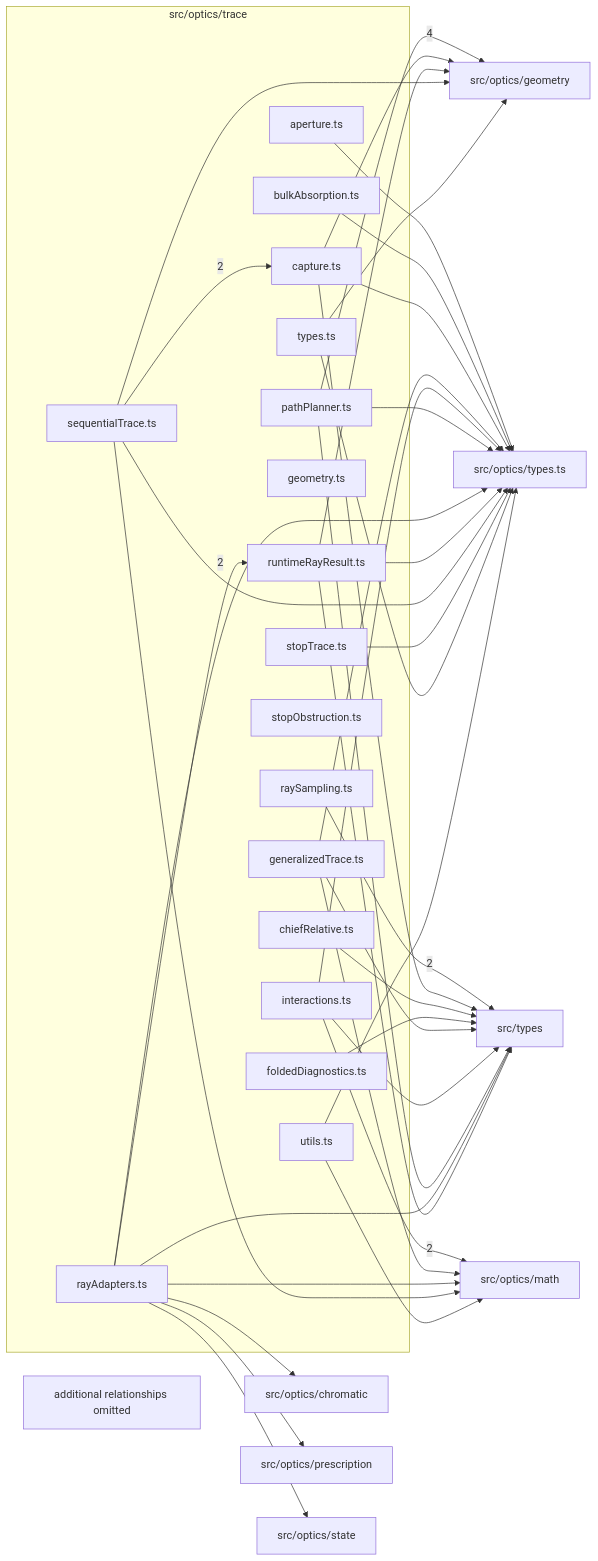
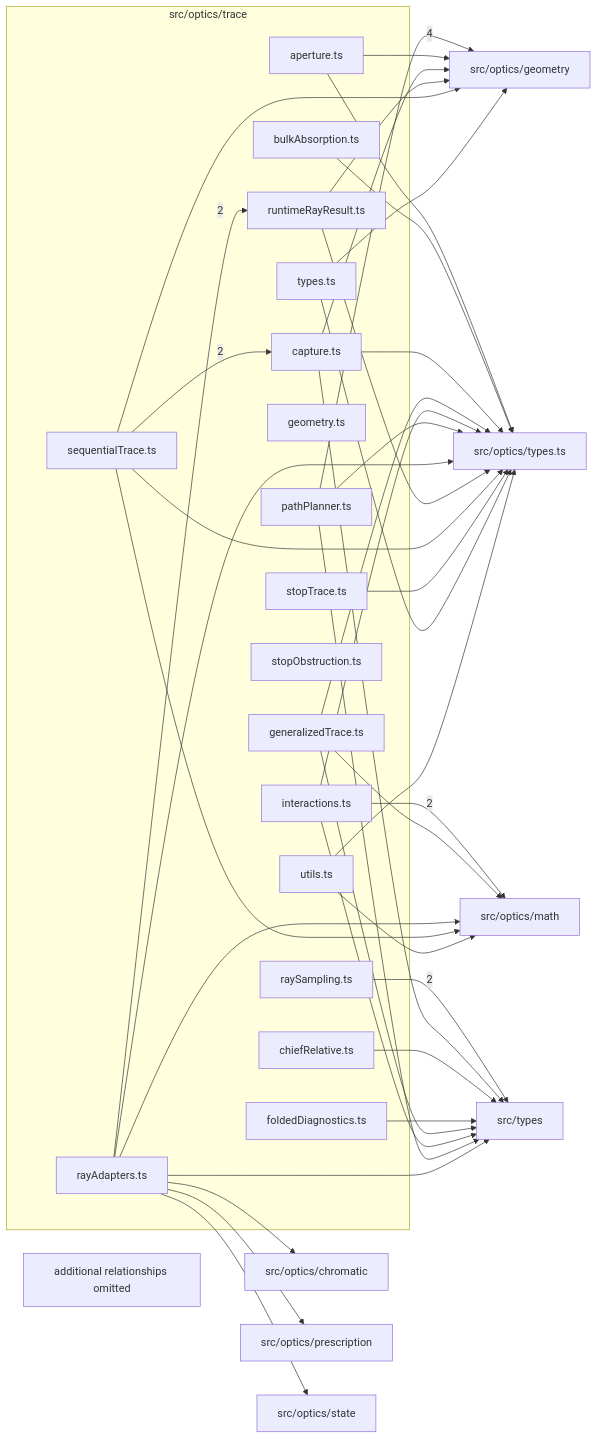
The diagram in src/optics/trace/readme.md (ronbuening/LensVisualizer), drawn with Mermaid before and after one commit. The commit also changed other lines of this file and 10 other files, not shown here.

````diff
--- a/src/optics/trace/readme.md
+++ b/src/optics/trace/readme.md
@@ -9,66 +9,66 @@
 ```mermaid
 flowchart LR
   subgraph n_src_optics_trace["src/optics/trace"]
     n_src_optics_trace_src_optics_trace_aperture_ts["aperture.ts"]
     n_src_optics_trace_src_optics_trace_bulkAbsorption_ts["bulkAbsorption.ts"]
     n_src_optics_trace_src_optics_trace_capture_ts["capture.ts"]
     n_src_optics_trace_src_optics_trace_chiefRelative_ts["chiefRelative.ts"]
     n_src_optics_trace_src_optics_trace_foldedDiagnostics_ts["foldedDiagnostics.ts"]
     n_src_optics_trace_src_optics_trace_generalizedTrace_ts["generalizedTrace.ts"]
     n_src_optics_trace_src_optics_trace_geometry_ts["geometry.ts"]
     n_src_optics_trace_src_optics_trace_interactions_ts["interactions.ts"]
     n_src_optics_trace_src_optics_trace_pathPlanner_ts["pathPlanner.ts"]
     n_src_optics_trace_src_optics_trace_rayAdapters_ts["rayAdapters.ts"]
     n_src_optics_trace_src_optics_trace_raySampling_ts["raySampling.ts"]
     n_src_optics_trace_src_optics_trace_runtimeRayResult_ts["runtimeRayResult.ts"]
     n_src_optics_trace_src_optics_trace_sequentialTrace_ts["sequentialTrace.ts"]
     n_src_optics_trace_src_optics_trace_stopObstruction_ts["stopObstruction.ts"]
     n_src_optics_trace_src_optics_trace_stopTrace_ts["stopTrace.ts"]
     n_src_optics_trace_src_optics_trace_types_ts["types.ts"]
     n_src_optics_trace_src_optics_trace_utils_ts["utils.ts"]
   end
   n_external_src_optics_geometry["src/optics/geometry"]
   n_external_src_optics_math["src/optics/math"]
   n_external_src_types["src/types"]
   n_external_src_optics_chromatic["src/optics/chromatic"]
   n_external_src_optics_prescription["src/optics/prescription"]
   n_external_src_optics_state["src/optics/state"]
   n_external_src_optics_types_ts["src/optics/types.ts"]
   n_src_optics_trace_src_optics_trace_pathPlanner_ts --> |4| n_external_src_optics_geometry
   n_src_optics_trace_src_optics_trace_interactions_ts --> |2| n_external_src_optics_math
   n_src_optics_trace_src_optics_trace_raySampling_ts --> |2| n_external_src_types
   n_src_optics_trace_src_optics_trace_sequentialTrace_ts --> |2| n_src_optics_trace_src_optics_trace_capture_ts
   n_src_optics_trace_src_optics_trace_rayAdapters_ts --> |2| n_src_optics_trace_src_optics_trace_runtimeRayResult_ts
   n_src_optics_trace_src_optics_trace_rayAdapters_ts --> n_external_src_optics_chromatic
+  n_src_optics_trace_src_optics_trace_aperture_ts --> n_external_src_optics_geometry
   n_src_optics_trace_src_optics_trace_capture_ts --> n_external_src_optics_geometry
   n_src_optics_trace_src_optics_trace_runtimeRayResult_ts --> n_external_src_optics_geometry
   n_src_optics_trace_src_optics_trace_sequentialTrace_ts --> n_external_src_optics_geometry
   n_src_optics_trace_src_optics_trace_types_ts --> n_external_src_optics_geometry
   n_src_optics_trace_src_optics_trace_generalizedTrace_ts --> n_external_src_optics_math
   n_src_optics_trace_src_optics_trace_rayAdapters_ts --> n_external_src_optics_math
   n_src_optics_trace_src_optics_trace_sequentialTrace_ts --> n_external_src_optics_math
   n_src_optics_trace_src_optics_trace_utils_ts --> n_external_src_optics_math
   n_src_optics_trace_src_optics_trace_rayAdapters_ts --> n_external_src_optics_prescription
   n_src_optics_trace_src_optics_trace_rayAdapters_ts --> n_external_src_optics_state
   n_src_optics_trace_src_optics_trace_aperture_ts --> n_external_src_optics_types_ts
   n_src_optics_trace_src_optics_trace_bulkAbsorption_ts --> n_external_src_optics_types_ts
   n_src_optics_trace_src_optics_trace_capture_ts --> n_external_src_optics_types_ts
   n_src_optics_trace_src_optics_trace_generalizedTrace_ts --> n_external_src_optics_types_ts
   n_src_optics_trace_src_optics_trace_interactions_ts --> n_external_src_optics_types_ts
   n_src_optics_trace_src_optics_trace_pathPlanner_ts --> n_external_src_optics_types_ts
   n_src_optics_trace_src_optics_trace_rayAdapters_ts --> n_external_src_optics_types_ts
   n_src_optics_trace_src_optics_trace_runtimeRayResult_ts --> n_external_src_optics_types_ts
   n_src_optics_trace_src_optics_trace_sequentialTrace_ts --> n_external_src_optics_types_ts
   n_src_optics_trace_src_optics_trace_stopTrace_ts --> n_external_src_optics_types_ts
   n_src_optics_trace_src_optics_trace_types_ts --> n_external_src_optics_types_ts
   n_src_optics_trace_src_optics_trace_utils_ts --> n_external_src_optics_types_ts
   n_src_optics_trace_src_optics_trace_capture_ts --> n_external_src_types
   n_src_optics_trace_src_optics_trace_chiefRelative_ts --> n_external_src_types
   n_src_optics_trace_src_optics_trace_foldedDiagnostics_ts --> n_external_src_types
   n_src_optics_trace_src_optics_trace_generalizedTrace_ts --> n_external_src_types
   n_src_optics_trace_src_optics_trace_interactions_ts --> n_external_src_types
   n_src_optics_trace_src_optics_trace_pathPlanner_ts --> n_external_src_types
   n_src_optics_trace_src_optics_trace_rayAdapters_ts --> n_external_src_types
-  n_src_optics_trace_src_optics_trace_runtimeRayResult_ts --> n_external_src_types
   n_src_optics_trace_truncated["additional relationships omitted"]
 ```
````
